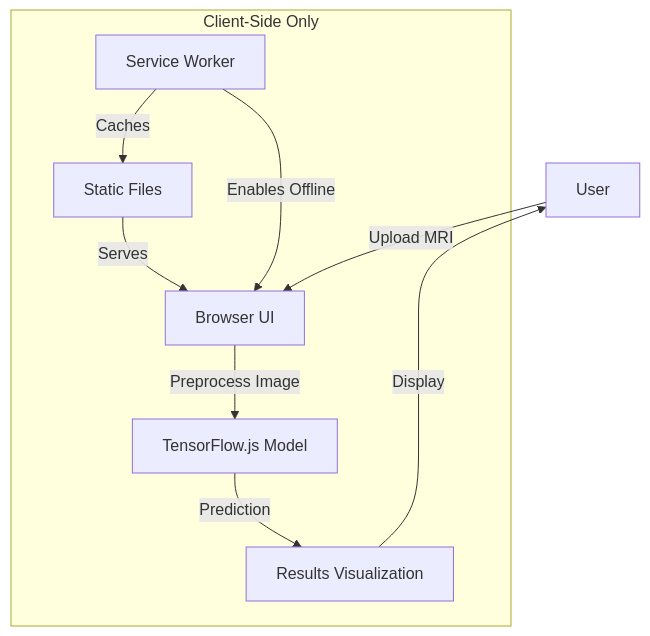
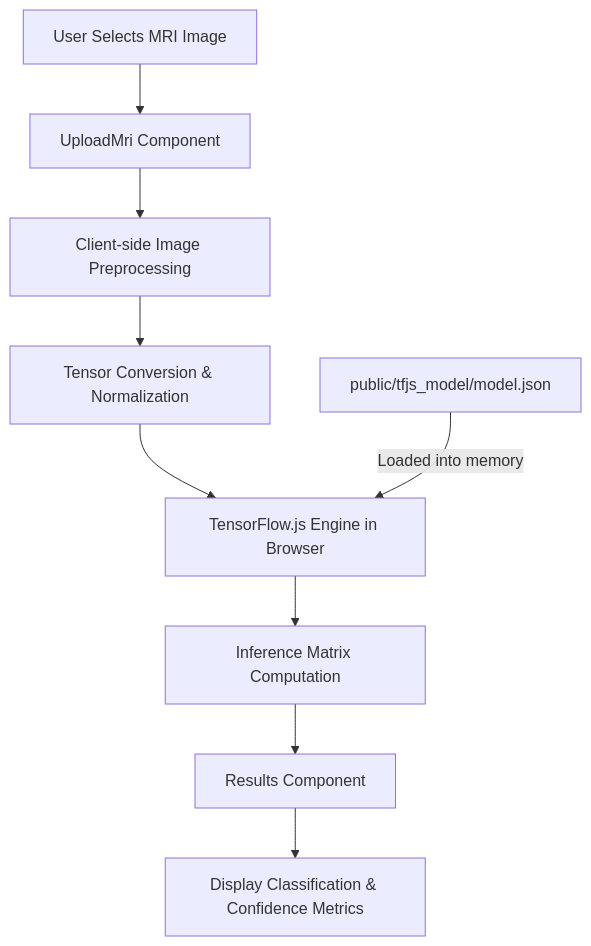
Before and after one commit to auysh8/browser-ml-tumor-detector: the diagram in README.md, drawn with Mermaid. The commit also changed other lines of this file, not shown here.

````diff
--- a/README.md
+++ b/README.md
@@ -62,18 +67,11 @@
 ```mermaid
 flowchart TD
-    A[User] -->|Upload MRI| B[Browser UI]
-    B -->|Preprocess Image| C[TensorFlow.js Model]
-    C -->|Prediction| D[Results Visualization]
-    D -->|Display| A
-    E[Static Files] -->|Serves| B
-    F[Service Worker] -->|Caches| E
-    F -->|Enables Offline| B
-
-    subgraph Client-Side Only
-    B
-    C
-    D
-    E
-    F
-    end
+    A[User Selects MRI Image] --> B[UploadMri Component]
+    B --> C[Client-side Image Preprocessing]
+    C --> D[Tensor Conversion & Normalization]
+    D --> E[TensorFlow.js Engine in Browser]
+    F[public/tfjs_model/model.json] -->|Loaded into memory| E
+    E --> G[Inference Matrix Computation]
+    G --> H[Results Component]
+    H --> I[Display Classification & Confidence Metrics]
 ```
````
